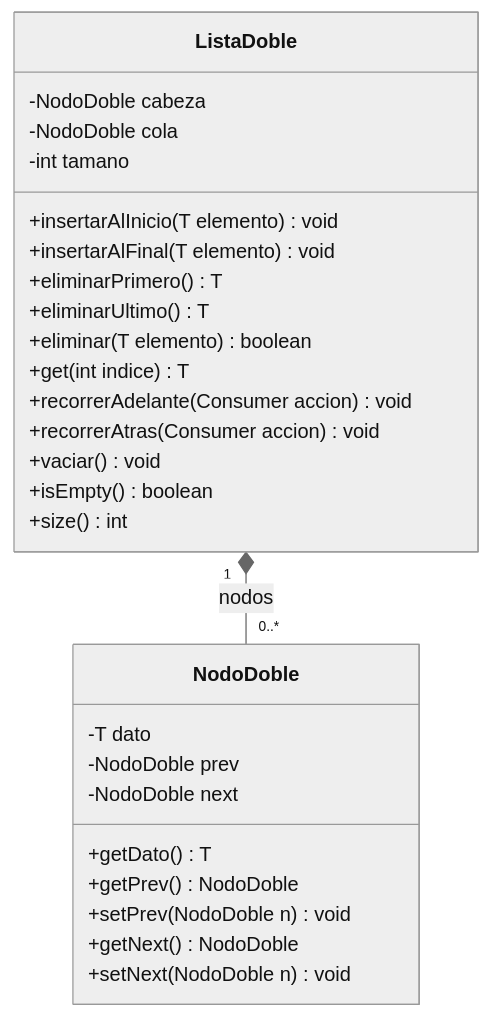
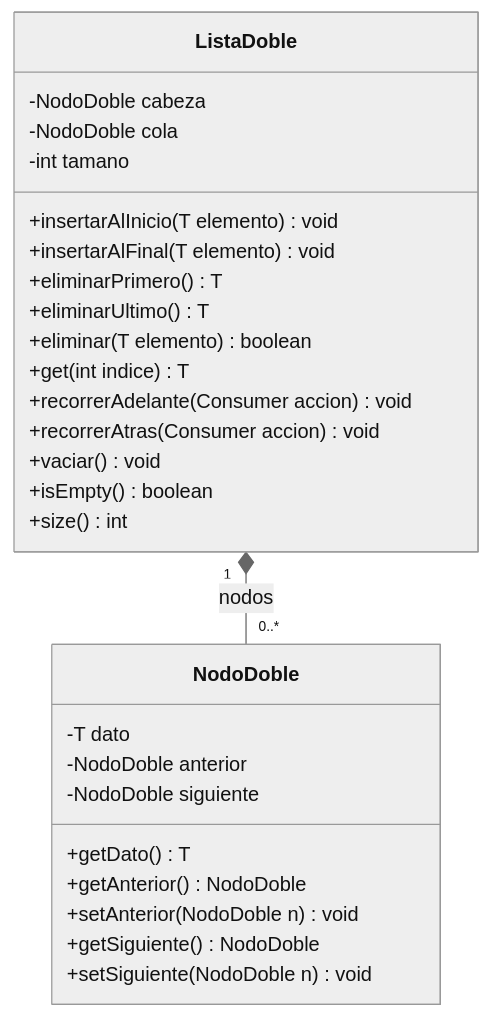
The seventh of 7 diagrams in content/cursos/estructuras-de-datos/guias/lab-listas-dobles-y-archivos-proyecto-de-aula.md (santiagoSuarez219/nodo-edu), drawn with Mermaid (neutral theme) before and after one commit. The commit also changed other lines of this file, not shown here.

First line of the commit message:
content(estructuras-de-datos): rename doubly linked node attributes to anterior and siguiente in lab guide

````diff
--- a/content/cursos/estructuras-de-datos/guias/lab-listas-dobles-y-archivos-proyecto-de-aula.md
+++ b/content/cursos/estructuras-de-datos/guias/lab-listas-dobles-y-archivos-proyecto-de-aula.md
@@ -219,30 +219,30 @@
 ```mermaid
 classDiagram
   class NodoDoble {
     -T dato
-    -NodoDoble prev
-    -NodoDoble next
+    -NodoDoble anterior
+    -NodoDoble siguiente
     +getDato() T
-    +getPrev() NodoDoble
-    +setPrev(NodoDoble n) void
-    +getNext() NodoDoble
-    +setNext(NodoDoble n) void
+    +getAnterior() NodoDoble
+    +setAnterior(NodoDoble n) void
+    +getSiguiente() NodoDoble
+    +setSiguiente(NodoDoble n) void
   }
   class ListaDoble {
     -NodoDoble cabeza
     -NodoDoble cola
     -int tamano
     +insertarAlInicio(T elemento) void
     +insertarAlFinal(T elemento) void
     +eliminarPrimero() T
     +eliminarUltimo() T
     +eliminar(T elemento) boolean
     +get(int indice) T
     +recorrerAdelante(Consumer accion) void
     +recorrerAtras(Consumer accion) void
     +vaciar() void
     +isEmpty() boolean
     +size() int
   }
   ListaDoble "1" *-- "0..*" NodoDoble : nodos
 ```
````
